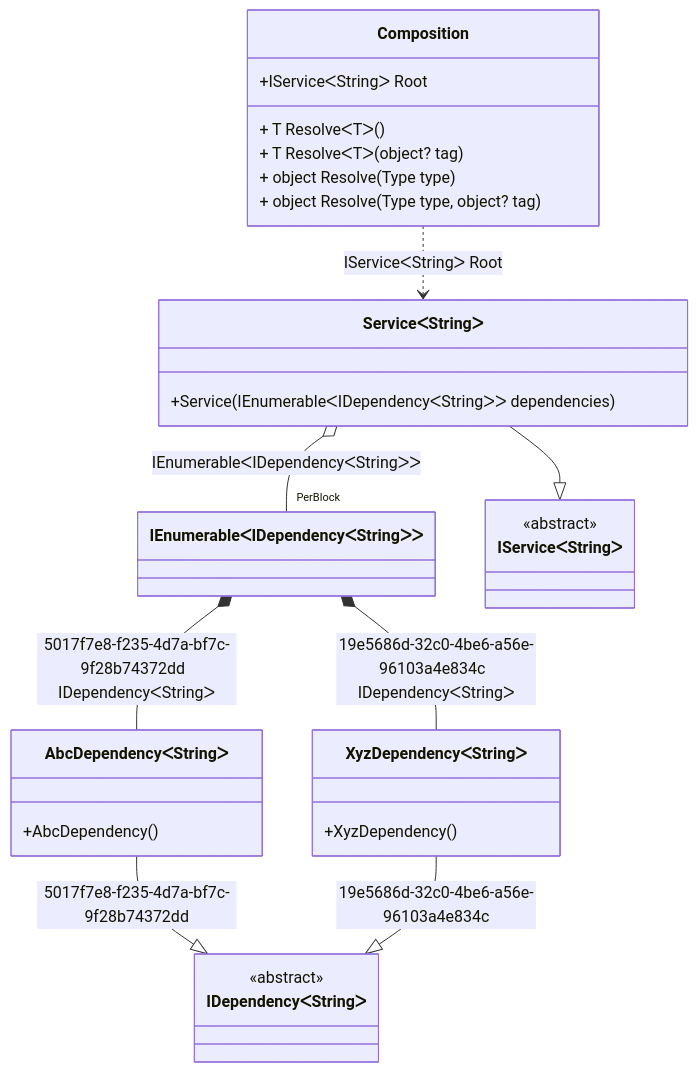
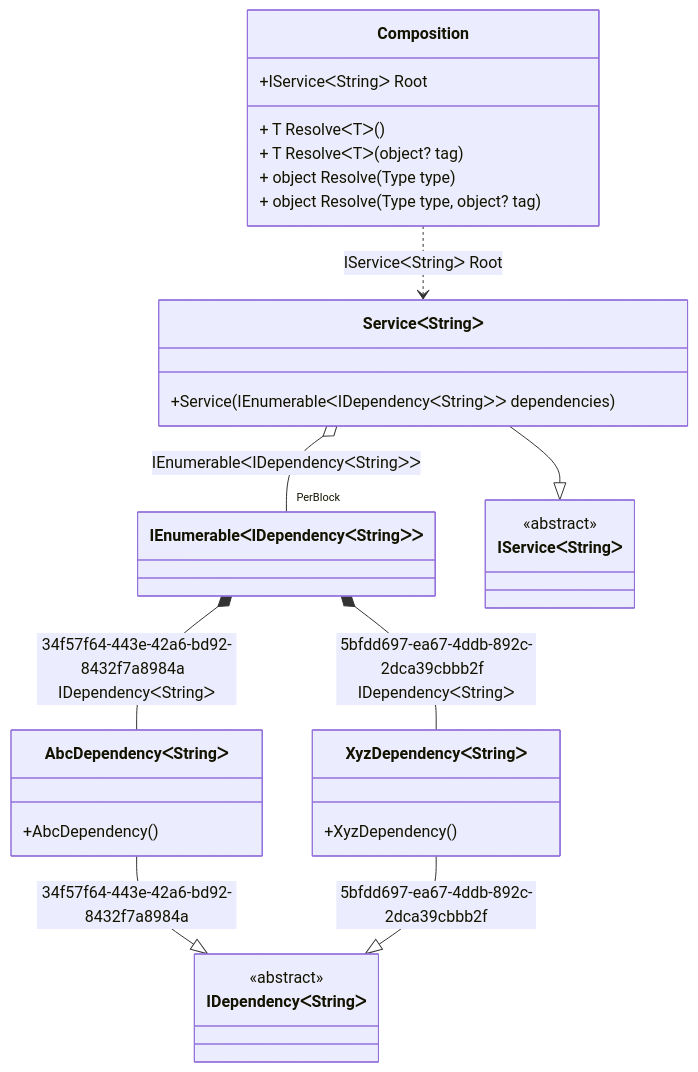
One commit to DevTeam/Pure.DI changed the diagram in readme/tag-unique.md. Above: the diagram before and after it, drawn with Mermaid. The commit also changed other lines of this file and 90 other files, not shown here.

````diff
--- a/readme/tag-unique.md
+++ b/readme/tag-unique.md
@@ -39,33 +39,33 @@
 ```mermaid
 classDiagram
   class Composition {
     +IServiceᐸStringᐳ Root
     + T ResolveᐸTᐳ()
     + T ResolveᐸTᐳ(object? tag)
     + object Resolve(Type type)
     + object Resolve(Type type, object? tag)
   }
   class IEnumerableᐸIDependencyᐸStringᐳᐳ
-  AbcDependencyᐸStringᐳ --|> IDependencyᐸStringᐳ : 5017f7e8-f235-4d7a-bf7c-9f28b74372dd 
+  AbcDependencyᐸStringᐳ --|> IDependencyᐸStringᐳ : 34f57f64-443e-42a6-bd92-8432f7a8984a 
   class AbcDependencyᐸStringᐳ {
     +AbcDependency()
   }
-  XyzDependencyᐸStringᐳ --|> IDependencyᐸStringᐳ : 19e5686d-32c0-4be6-a56e-96103a4e834c 
+  XyzDependencyᐸStringᐳ --|> IDependencyᐸStringᐳ : 5bfdd697-ea67-4ddb-892c-2dca39cbbb2f 
   class XyzDependencyᐸStringᐳ {
     +XyzDependency()
   }
   ServiceᐸStringᐳ --|> IServiceᐸStringᐳ : 
   class ServiceᐸStringᐳ {
     +Service(IEnumerableᐸIDependencyᐸStringᐳᐳ dependencies)
   }
   class IDependencyᐸStringᐳ {
     <<abstract>>
   }
   class IServiceᐸStringᐳ {
     <<abstract>>
   }
-  IEnumerableᐸIDependencyᐸStringᐳᐳ *--  AbcDependencyᐸStringᐳ : 5017f7e8-f235-4d7a-bf7c-9f28b74372dd  IDependencyᐸStringᐳ
-  IEnumerableᐸIDependencyᐸStringᐳᐳ *--  XyzDependencyᐸStringᐳ : 19e5686d-32c0-4be6-a56e-96103a4e834c  IDependencyᐸStringᐳ
+  IEnumerableᐸIDependencyᐸStringᐳᐳ *--  AbcDependencyᐸStringᐳ : 34f57f64-443e-42a6-bd92-8432f7a8984a  IDependencyᐸStringᐳ
+  IEnumerableᐸIDependencyᐸStringᐳᐳ *--  XyzDependencyᐸStringᐳ : 5bfdd697-ea67-4ddb-892c-2dca39cbbb2f  IDependencyᐸStringᐳ
   Composition ..> ServiceᐸStringᐳ : IServiceᐸStringᐳ Root
   ServiceᐸStringᐳ o--  "PerBlock" IEnumerableᐸIDependencyᐸStringᐳᐳ : IEnumerableᐸIDependencyᐸStringᐳᐳ
 ```
````
